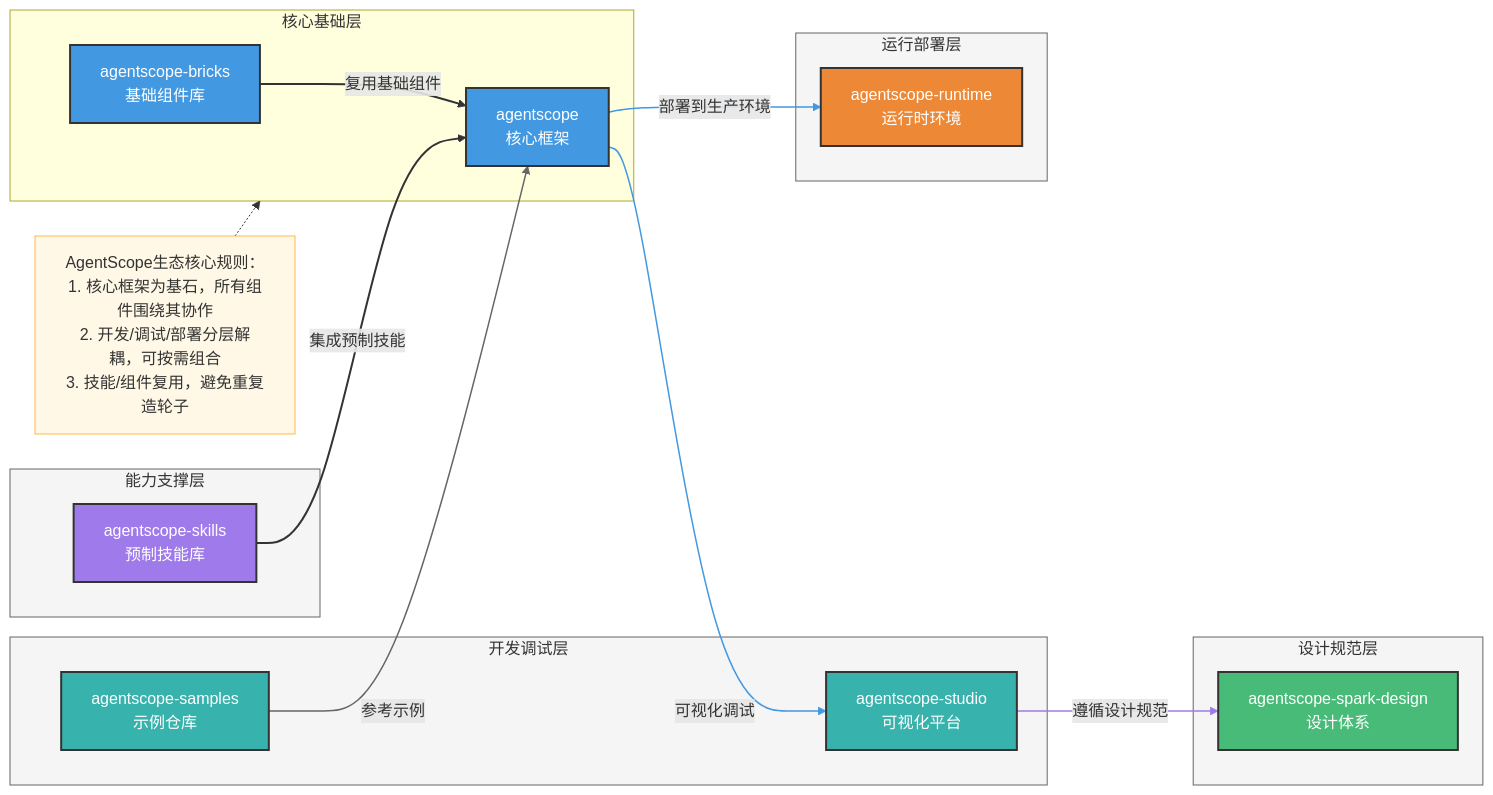
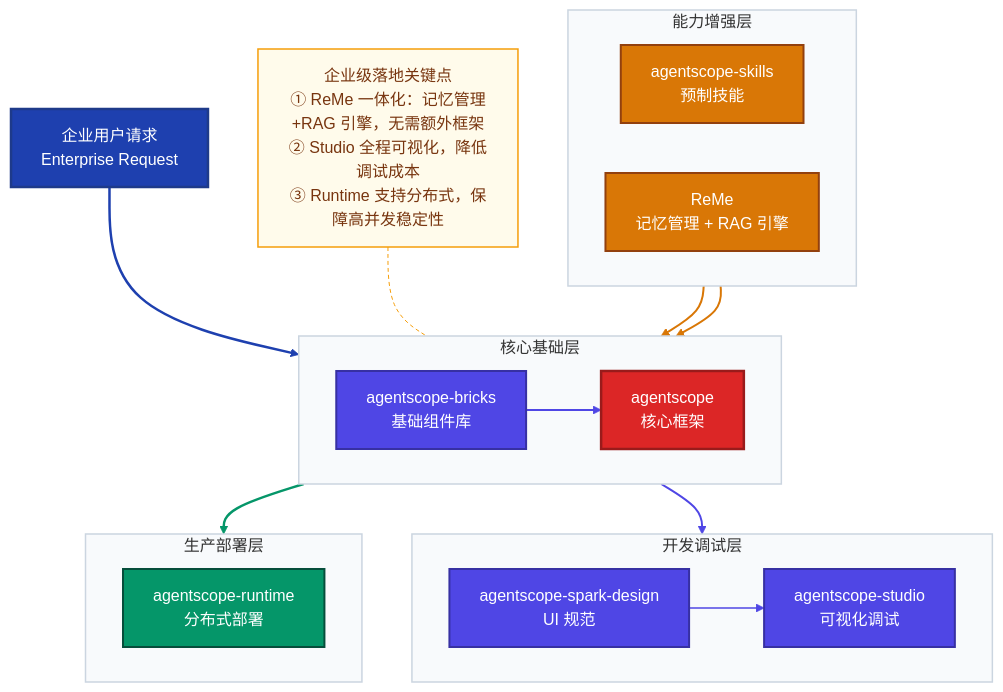
The seventh of 7 diagrams in docs/agentscope生态圈.md (amuqiao/AgentBasePlatform), drawn with Mermaid before and after one commit. The commit also changed other lines of this file and 13 other files, not shown here.

````diff
--- a/docs/agentscope生态圈.md
+++ b/docs/agentscope生态圈.md
@@ -27,61 +663,61 @@
 ```mermaid
-flowchart LR
-    %% 沿用参考样式，适配生态配色
-    classDef coreStyle fill:#4299e1,stroke:#333,stroke-width:2px,color:#fff
-    classDef skillStyle fill:#9f7aea,stroke:#333,stroke-width:2px,color:#fff
-    classDef devStyle fill:#38b2ac,stroke:#333,stroke-width:2px,color:#fff
-    classDef runtimeStyle fill:#ed8936,stroke:#333,stroke-width:2px,color:#fff
-    classDef designStyle fill:#48bb78,stroke:#333,stroke-width:2px,color:#fff
-    classDef subgraphStyle fill:#f5f5f5,stroke:#666,stroke-width:1px,rounded:10px
-    classDef noteStyle fill:#fff8e6,stroke:#ffb74d,stroke-width:1px,rounded:8px
+flowchart TB
+    %% ── 配色定义 ────────────────────────────────────────────────────
+    classDef userStyle     fill:#1e40af,stroke:#1e3a8a,stroke-width:2.5px,color:#fff
+    classDef routeStyle    fill:#4f46e5,stroke:#3730a3,stroke-width:2px,color:#fff
+    classDef retrieveStyle fill:#d97706,stroke:#92400e,stroke-width:2px,color:#fff
+    classDef llmStyle      fill:#dc2626,stroke:#991b1b,stroke-width:2.5px,color:#fff
+    classDef storeStyle    fill:#059669,stroke:#064e3b,stroke-width:2px,color:#fff
+    classDef noteStyle     fill:#fffbeb,stroke:#f59e0b,stroke-width:1.5px,color:#78350f
+    classDef layerStyle    fill:#f8fafc,stroke:#cbd5e0,stroke-width:1.5px
 
-    %% 1. 核心基础层（生态基石）
-    subgraph coreLayer["核心基础层"]
-        A[agentscope<br/>核心框架]:::coreStyle
-        B[agentscope-bricks<br/>基础组件库]:::coreStyle
+    USER["企业用户请求<br>Enterprise Request"]:::userStyle
+
+    subgraph CoreLayer["核心基础层"]
+        direction LR
+        CORE["agentscope<br>核心框架"]:::llmStyle
+        BRICKS["agentscope-bricks<br>基础组件库"]:::routeStyle
     end
-    class coreLayer subgraphStyle
+    class CoreLayer layerStyle
 
-    %% 2. 能力支撑层（复用能力）
-    subgraph skillLayer["能力支撑层"]
-        C[agentscope-skills<br/>预制技能库]:::skillStyle
+    subgraph CapLayer["能力增强层"]
+        direction LR
+        SKILLS["agentscope-skills<br>预制技能"]:::retrieveStyle
+        REME["ReMe<br>记忆管理 + RAG 引擎"]:::retrieveStyle
     end
-    class skillLayer subgraphStyle
+    class CapLayer layerStyle
 
-    %% 3. 开发调试层（低代码/示例）
-    subgraph devLayer["开发调试层"]
-        D[agentscope-samples<br/>示例仓库]:::devStyle
-        E[agentscope-studio<br/>可视化平台]:::devStyle
+    subgraph DevLayer["开发调试层"]
+        direction LR
+        STUDIO["agentscope-studio<br>可视化调试"]:::routeStyle
+        DESIGN["agentscope-spark-design<br>UI 规范"]:::routeStyle
     end
-    class devLayer subgraphStyle
+    class DevLayer layerStyle
 
-    %% 4. 运行部署层（生产落地）
-    subgraph runtimeLayer["运行部署层"]
-        F[agentscope-runtime<br/>运行时环境]:::runtimeStyle
+    subgraph ProdLayer["生产部署层"]
+        direction LR
+        RUNTIME["agentscope-runtime<br>分布式部署"]:::storeStyle
     end
-    class runtimeLayer subgraphStyle
+    class ProdLayer layerStyle
 
-    %% 5. 设计规范层（UI/交互）
-    subgraph designLayer["设计规范层"]
-        G[agentscope-spark-design<br/>设计体系]:::designStyle
-    end
-    class designLayer subgraphStyle
+    BRICKS --> CORE
+    SKILLS --> CORE
+    REME --> CORE
+    USER --> CORE
+    CORE --> STUDIO
+    DESIGN --> STUDIO
+    CORE --> RUNTIME
 
-    %% 核心协作逻辑
-    B -->|复用基础组件| A
-    C -->|集成预制技能| A
-    D -->|参考示例| A
-    A -->|可视化调试| E
-    A -->|部署到生产环境| F
-    E -->|遵循设计规范| G
+    NOTE["企业级落地关键点<br>① ReMe 一体化：记忆管理+RAG 引擎，无需额外框架<br>② Studio 全程可视化，降低调试成本<br>③ Runtime 支持分布式，保障高并发稳定性"]:::noteStyle
+    NOTE -.- CORE
 
-    %% 连接线样式（区分层级关系）
-    linkStyle 0,1 stroke:#333,stroke-width:2px,arrowheadStyle:filled
-    linkStyle 2 stroke:#666,stroke-width:1.5px,arrowheadStyle:filled
-    linkStyle 3,4 stroke:#4299e1,stroke-width:1.5px,arrowheadStyle:filled
-    linkStyle 5 stroke:#9f7aea,stroke-width:1.5px,arrowheadStyle:filled
-
-    %% 生态核心规则说明
-    Note[AgentScope生态核心规则：<br/>1. 核心框架为基石，所有组件围绕其协作<br/>2. 开发/调试/部署分层解耦，可按需组合<br/>3. 技能/组件复用，避免重复造轮子]:::noteStyle
-    Note -.-> coreLayer
+    %% 边索引：0-7，共 8 条
+    linkStyle 0 stroke:#4f46e5,stroke-width:2px
+    linkStyle 1 stroke:#d97706,stroke-width:2px
+    linkStyle 2 stroke:#d97706,stroke-width:2px
+    linkStyle 3 stroke:#1e40af,stroke-width:2.5px
+    linkStyle 4 stroke:#4f46e5,stroke-width:2px
+    linkStyle 5 stroke:#4f46e5,stroke-width:1.5px
+    linkStyle 6 stroke:#059669,stroke-width:2.5px
+    linkStyle 7 stroke:#f59e0b,stroke-width:1px,stroke-dasharray:4 3
 ```
````
